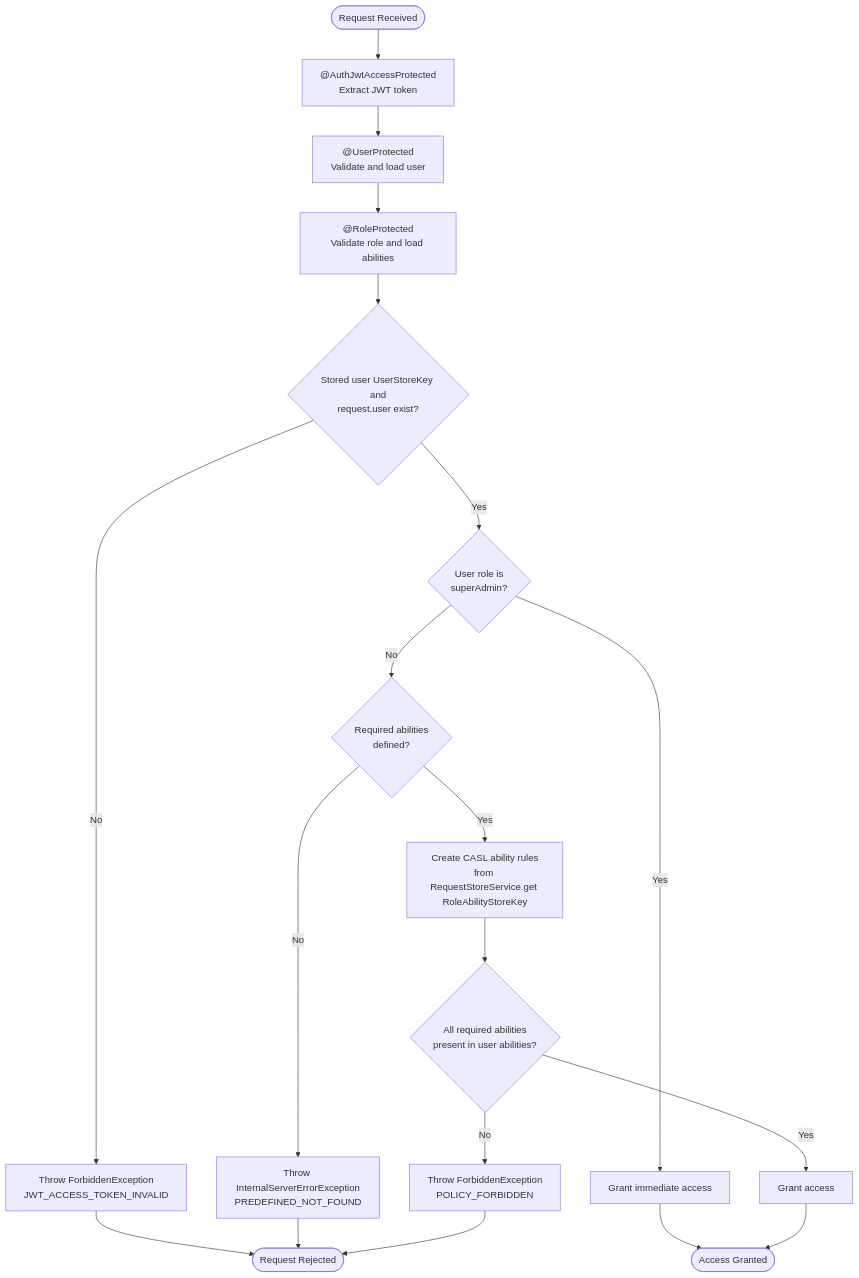
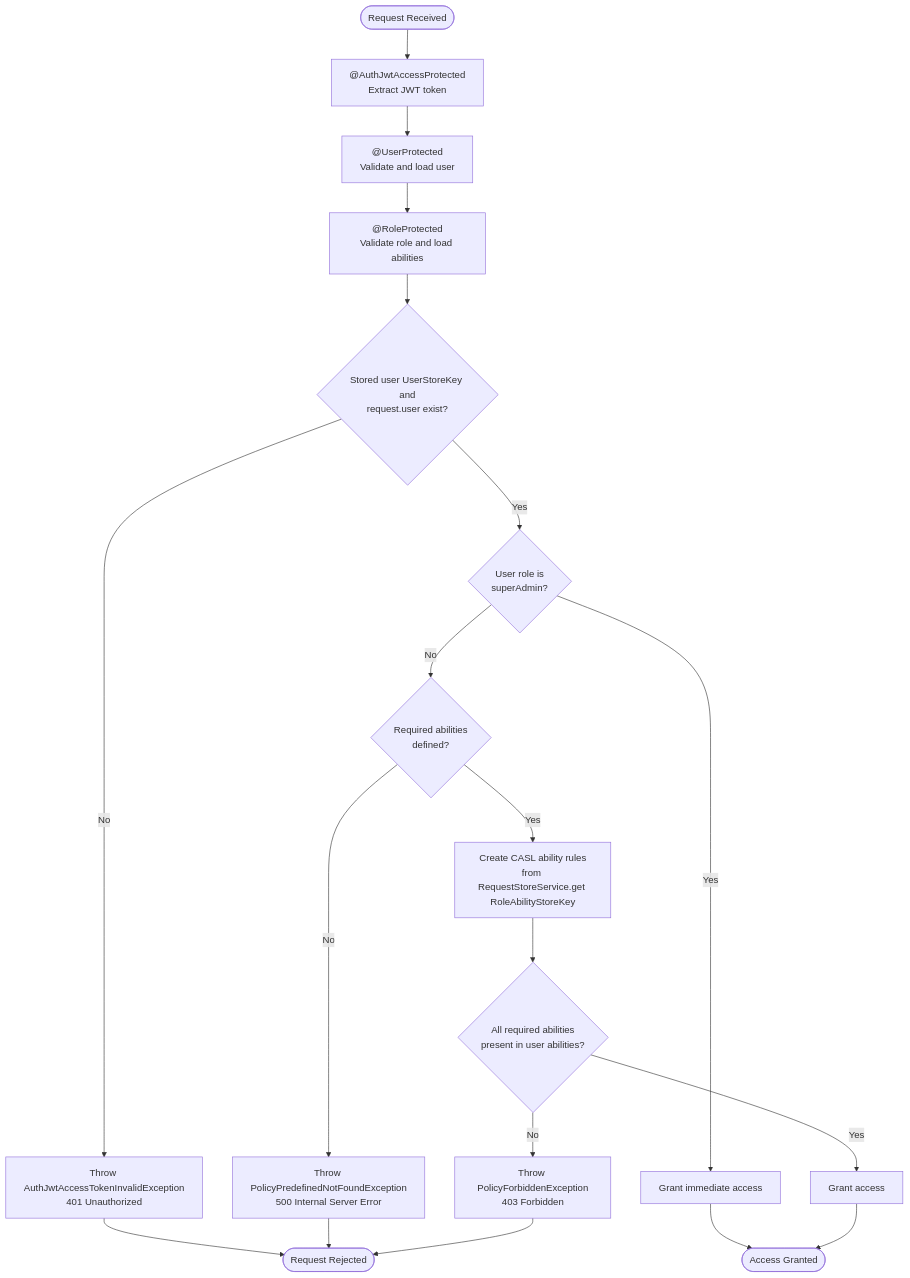
Before and after one commit to andrechristikan/ack-nestjs-boilerplate: the third of 5 diagrams in docs/authorization.md, drawn with Mermaid. The commit also changed other lines of this file and 156 other files, not shown here.

Commit message:
refactor: error exception and filter

````diff
--- a/docs/authorization.md
+++ b/docs/authorization.md
@@ -374,28 +374,28 @@
 ```mermaid
 flowchart TD
     Start([Request Received]) --> JwtGuard[ @AuthJwtAccessProtected<br/>Extract JWT token]
     JwtGuard --> UserGuard[ @UserProtected<br/>Validate and load user]
     UserGuard --> RoleGuard[ @RoleProtected<br/>Validate role and load abilities]
     RoleGuard --> CheckUser{Stored user UserStoreKey and<br/>request.user exist?}
     
-    CheckUser -->|No| ErrorUser[Throw ForbiddenException<br/>JWT_ACCESS_TOKEN_INVALID]
+    CheckUser -->|No| ErrorUser[Throw AuthJwtAccessTokenInvalidException<br/>401 Unauthorized]
     CheckUser -->|Yes| CheckSuperAdmin{User role is<br/>superAdmin?}
     
     CheckSuperAdmin -->|Yes| GrantSuperAdmin[Grant immediate access]
     CheckSuperAdmin -->|No| CheckRequired{Required abilities<br/>defined?}
     
-    CheckRequired -->|No| ErrorPredefined[Throw InternalServerErrorException<br/>PREDEFINED_NOT_FOUND]
+    CheckRequired -->|No| ErrorPredefined[Throw PolicyPredefinedNotFoundException<br/>500 Internal Server Error]
     CheckRequired -->|Yes| CreateAbilities[Create CASL ability rules<br/>from RequestStoreService.get RoleAbilityStoreKey]
     
     CreateAbilities --> ValidateAbilities{All required abilities<br/>present in user abilities?}
     
-    ValidateAbilities -->|No| ErrorForbidden[Throw ForbiddenException<br/>POLICY_FORBIDDEN]
+    ValidateAbilities -->|No| ErrorForbidden[Throw PolicyForbiddenException<br/>403 Forbidden]
     ValidateAbilities -->|Yes| GrantAccess[Grant access]
     
     GrantSuperAdmin --> Success([Access Granted])
     GrantAccess --> Success
     
     ErrorUser --> End([Request Rejected])
     ErrorPredefined --> End
     ErrorForbidden --> End
 ```
````
